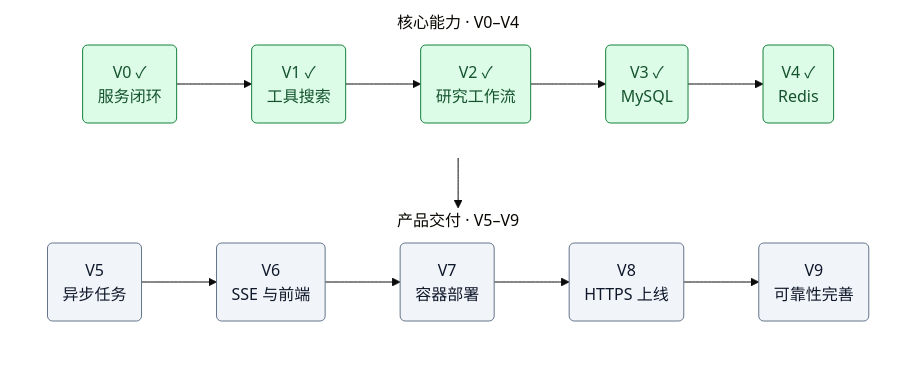
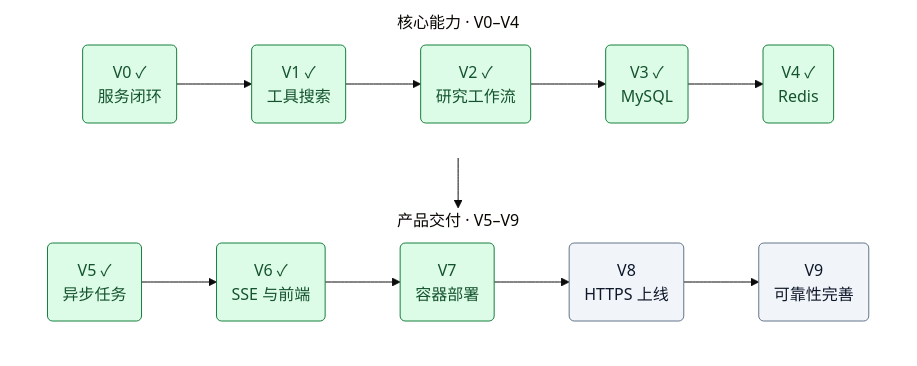
The diagram in README.md (qiangwei0513/ai-research-platform), drawn with Mermaid (base theme) before and after one commit. The commit also changed other lines of this file and 56 other files, not shown here.

````diff
--- a/README.md
+++ b/README.md
@@ -156,32 +233,34 @@
 ```mermaid
 flowchart TB
     subgraph CORE["核心能力 · V0–V4"]
         direction LR
         V0("V0 ✓<br/>服务闭环")
         V1("V1 ✓<br/>工具搜索")
         V2("V2 ✓<br/>研究工作流")
         V3("V3 ✓<br/>MySQL")
         V4("V4 ✓<br/>Redis")
         V0 --> V1 --> V2 --> V3 --> V4
     end
 
     subgraph DELIVERY["产品交付 · V5–V9"]
         direction LR
-        V5("V5<br/>异步任务")
-        V6("V6<br/>SSE 与前端")
+        V5("V5 ✓<br/>异步任务")
+        V6("V6 ✓<br/>SSE 与前端")
         V7("V7<br/>容器部署")
         V8("V8<br/>HTTPS 上线")
         V9("V9<br/>可靠性完善")
         V5 --> V6 --> V7 --> V8 --> V9
     end
 
     CORE --> DELIVERY
 
     style CORE fill:transparent,stroke:transparent
     style DELIVERY fill:transparent,stroke:transparent
 
     classDef done fill:#dcfce7,stroke:#15803d,color:#14532d;
     classDef planned fill:#f1f5f9,stroke:#64748b,color:#0f172a;
-    class V0,V1,V2,V3,V4 done;
-    class V5,V6,V7,V8,V9 planned;
+    class V0,V1,V2,V3,V4,V5 done;
+    class V6 done;
+    class V7 done;
+    class V8,V9 planned;
 ```
````
